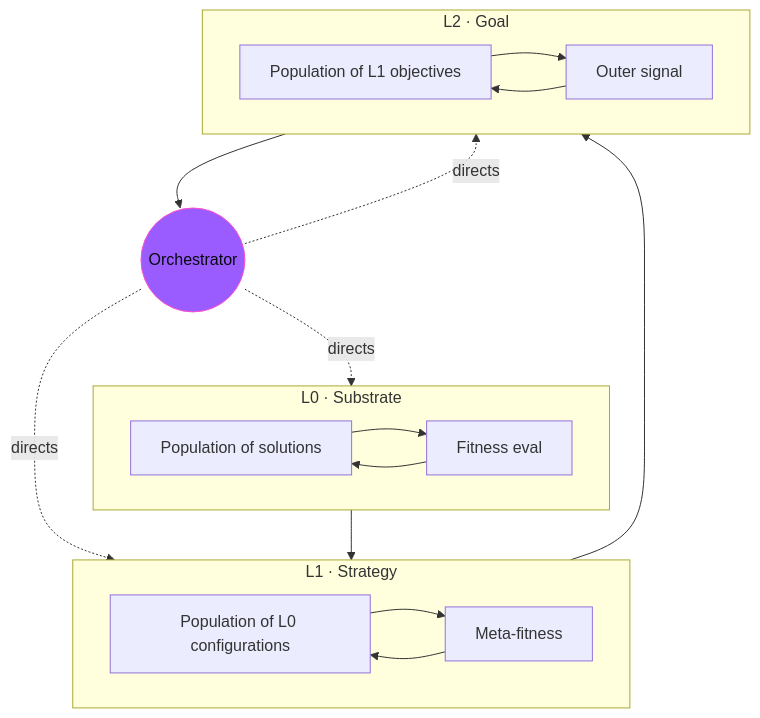
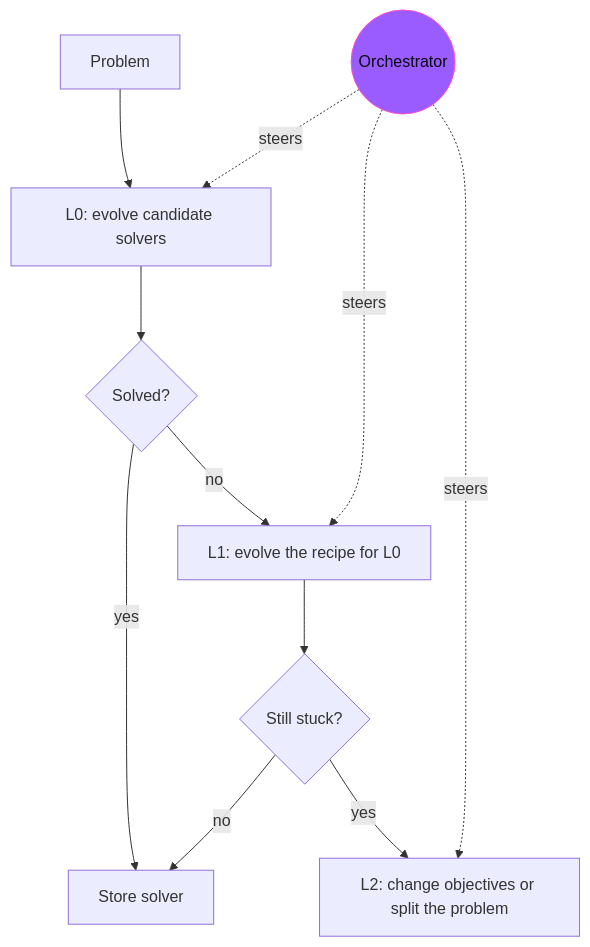
One commit to ArdeaAI/Talk_Beyond_The_Chatbot changed the first of 3 diagrams in slides.qmd. Above: the diagram before and after it, drawn with Mermaid. The commit also changed other lines of this file and 1 other file, not shown here.

````diff
--- a/slides.qmd
+++ b/slides.qmd
@@ -494,25 +530,16 @@
 ```{mermaid}
 flowchart TB
-  subgraph L0["L0 · Substrate"]
-    P0["Population of solutions"]
-    F0["Fitness eval"]
-    P0 --> F0 --> P0
-  end
-  subgraph L1["L1 · Strategy"]
-    P1["Population of L0 configurations"]
-    F1["Meta-fitness"]
-    P1 --> F1 --> P1
-  end
-  subgraph L2["L2 · Goal"]
-    P2["Population of L1 objectives"]
-    F2["Outer signal"]
-    P2 --> F2 --> P2
-  end
-  ORCH(("Orchestrator")):::accent
-  ORCH -. directs .-> L2
-  ORCH -. directs .-> L1
-  ORCH -. directs .-> L0
-  L0 --> L1 --> L2 --> ORCH
+  P["Problem"] --> L0["L0: evolve candidate solvers"]
+  L0 --> C0{"Solved?"}
+  C0 -- "yes" --> S["Store solver"]
+  C0 -- "no" --> L1["L1: evolve the recipe for L0"]
+  L1 --> C1{"Still stuck?"}
+  C1 -- "no" --> S
+  C1 -- "yes" --> L2["L2: change objectives or split the problem"]
+  O(("Orchestrator")):::accent
+  O -. steers .-> L0
+  O -. steers .-> L1
+  O -. steers .-> L2
 
   classDef accent fill:#9B5CFF,stroke:#FF4FCB,color:#08080F;
 ```
````
